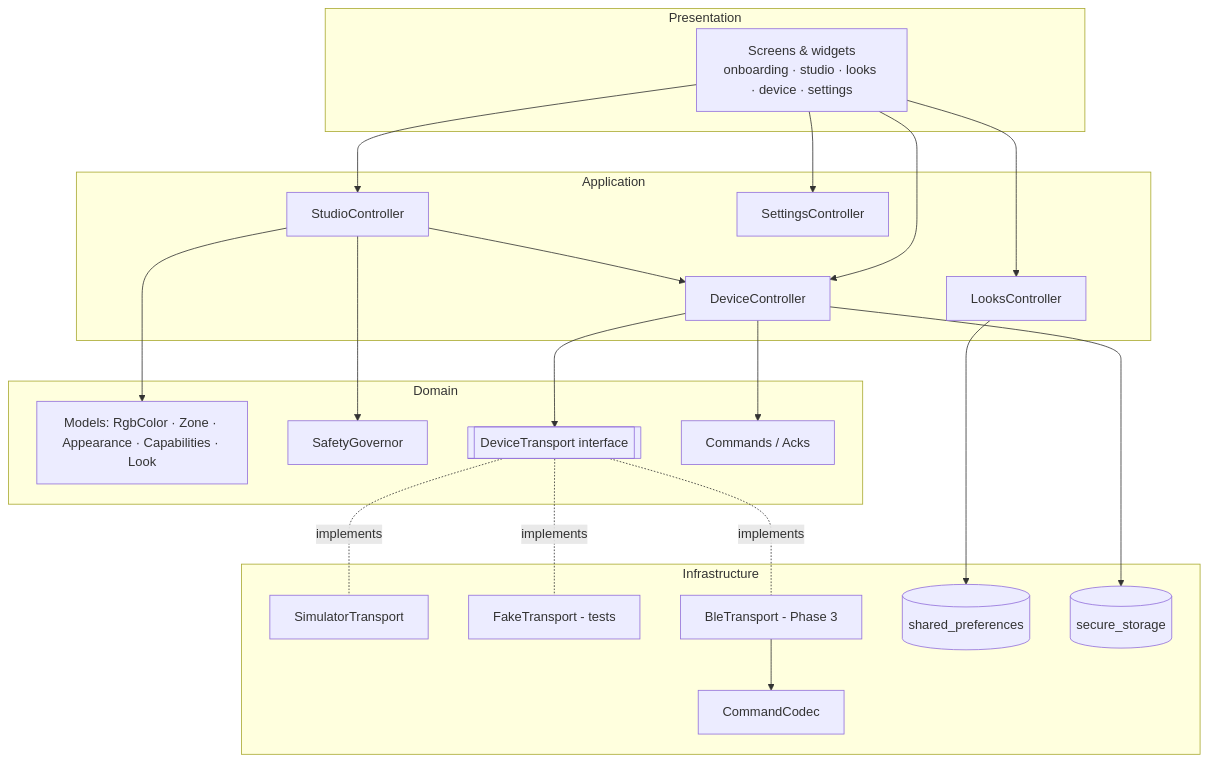
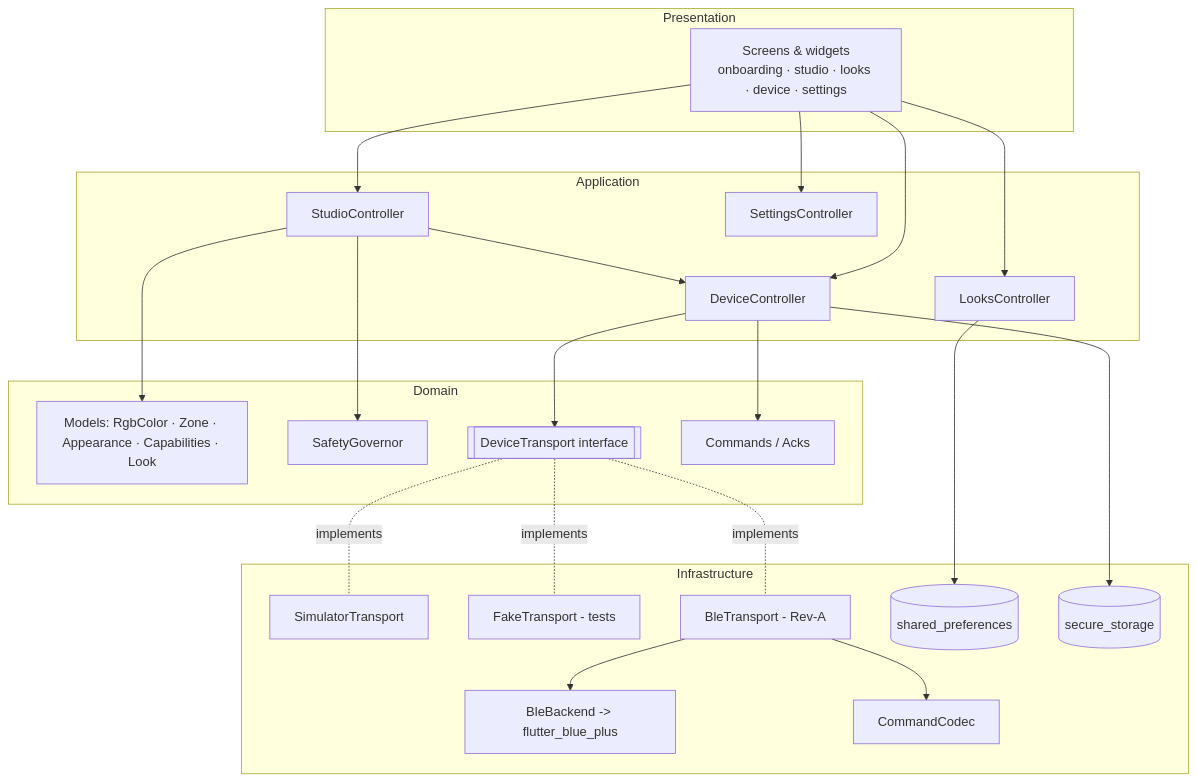
Before and after one commit to AnkitParekh007/shade-shifter: the first of 3 diagrams in documentation/mobile-app/ARCHITECTURE.md, drawn with Mermaid. The commit also changed other lines of this file and 16 other files, not shown here.

````diff
--- a/documentation/mobile-app/ARCHITECTURE.md
+++ b/documentation/mobile-app/ARCHITECTURE.md
@@ -10,34 +10,36 @@
 ```mermaid
 flowchart TB
   subgraph Presentation
     UI[Screens & widgets<br/>onboarding · studio · looks · device · settings]
   end
   subgraph Application
     SC[StudioController]
     DC[DeviceController]
     LC[LooksController]
     SET[SettingsController]
   end
   subgraph Domain
     M[Models: RgbColor · Zone · Appearance · Capabilities · Look]
     SAFE[SafetyGovernor]
     T[[DeviceTransport interface]]
     CMD[Commands / Acks]
   end
   subgraph Infrastructure
     SIM[SimulatorTransport]
     FAKE[FakeTransport - tests]
-    BLE[BleTransport - Phase 3]
+    BLE[BleTransport - Rev-A]
+    BACKEND[BleBackend -> flutter_blue_plus]
     CODEC[CommandCodec]
     PREFS[(shared_preferences)]
     SEC[(secure_storage)]
   end
 
   UI --> SC & DC & LC & SET
   SC --> DC & SAFE & M
   DC --> T & CMD
   T -. implements .- SIM & FAKE & BLE
+  BLE --> BACKEND
   BLE --> CODEC
   LC --> PREFS
   DC --> SEC
 ```
````
